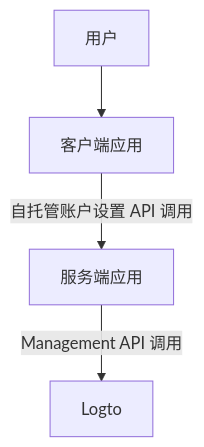
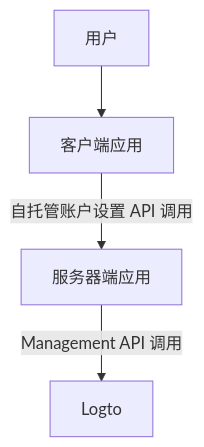
The first of 3 diagrams in i18n/zh-CN/docusaurus-plugin-content-docs/current/end-user-flows/account-settings/by-management-api.mdx (logto-io/docs), drawn with Mermaid before and after one commit. The commit also changed other lines of this file and 102 other files, not shown here.

````diff
--- a/i18n/zh-CN/docusaurus-plugin-content-docs/current/end-user-flows/account-settings/by-management-api.mdx
+++ b/i18n/zh-CN/docusaurus-plugin-content-docs/current/end-user-flows/account-settings/by-management-api.mdx
@@ -13,6 +13,6 @@
 ```mermaid
   graph TB
     A[用户] --> B[客户端应用]
-    B -->|自托管账户设置 API 调用|C[服务端应用]
+    B -->|自托管账户设置 API 调用|C[服务器端应用]
     C -->|Management API 调用| D[Logto]
 ```
````
